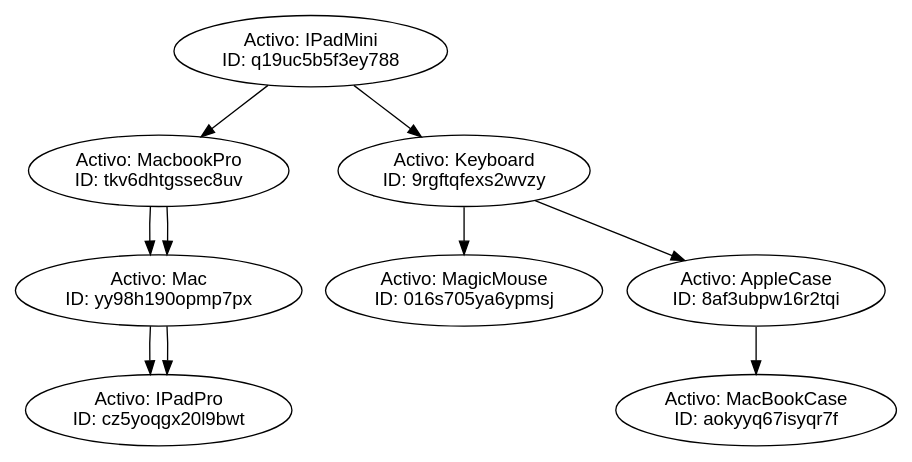
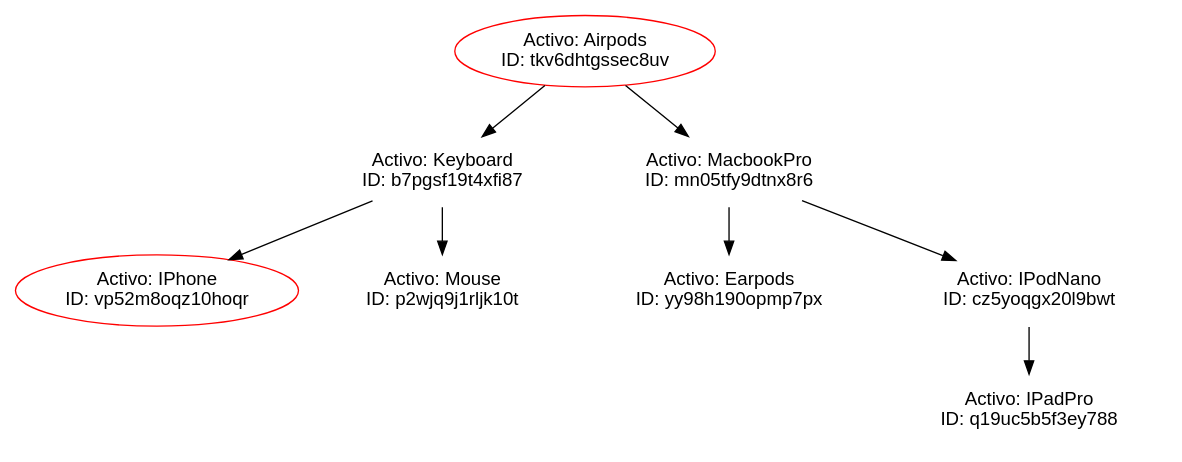
Before and after one commit to CarlosNgv99/-EDD-Proyecto_1: the diagram in -EDD-Proyecto_1/avlTrees/carlosngv.dot, drawn with Graphviz. The commit also changed 13 other files, not shown here.

```diff
--- a/-EDD-Proyecto_1/avlTrees/carlosngv.dot
+++ b/-EDD-Proyecto_1/avlTrees/carlosngv.dot
@@ -1,1 +1,1 @@
-digraph g{ node [fontname="Arial"];Mac[label="Activo: Mac\nID: yy98h190opmp7px"];Mac->IPadPro;IPadPro[label="Activo: IPadPro\nID: cz5yoqgx20l9bwt"];MacbookPro[label="Activo: MacbookPro\nID: tkv6dhtgssec8uv"];MacbookPro->Mac;MacbookPro->Mac;Mac[label="Activo: Mac\nID: yy98h190opmp7px"];Mac->IPadPro;IPadPro[label="Activo: IPadPro\nID: cz5yoqgx20l9bwt"];IPadMini[label="Activo: IPadMini\nID: q19uc5b5f3ey788"];IPadMini->MacbookPro;IPadMini->Keyboard;MagicMouse[label="Activo: MagicMouse\nID: 016s705ya6ypmsj"];Keyboard[label="Activo: Keyboard\nID: 9rgftqfexs2wvzy"];Keyboard->MagicMouse;Keyboard->AppleCase;AppleCase[label="Activo: AppleCase\nID: 8af3ubpw16r2tqi"];AppleCase->MacBookCase;MacBookCase[label="Activo: MacBookCase\nID: aokyyq67isyqr7f"];}
+digraph g{ node [fontname="Arial"];IPhone[color=red label="Activo: IPhone\nID: vp52m8oqz10hoqr"];Keyboard[color=white label="Activo: Keyboard\nID: b7pgsf19t4xfi87"];Keyboard->IPhone;Keyboard->Mouse;Mouse[color=white label="Activo: Mouse\nID: p2wjq9j1rljk10t"];Airpods[color=red label="Activo: Airpods\nID: tkv6dhtgssec8uv"];Airpods->Keyboard;Airpods->MacbookPro;Earpods[color=white label="Activo: Earpods\nID: yy98h190opmp7px"];MacbookPro[color=white label="Activo: MacbookPro\nID: mn05tfy9dtnx8r6"];MacbookPro->Earpods;MacbookPro->IPodNano;IPodNano[color=white label="Activo: IPodNano\nID: cz5yoqgx20l9bwt"];IPodNano->IPadPro;IPadPro[color=white label="Activo: IPadPro\nID: q19uc5b5f3ey788"];}
```
